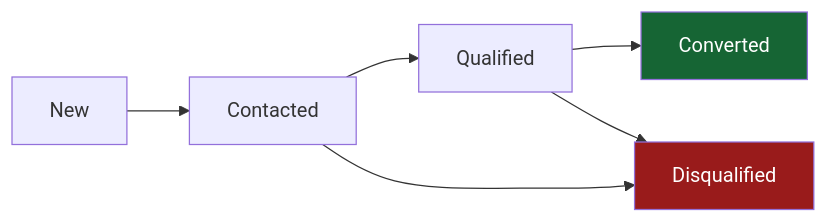
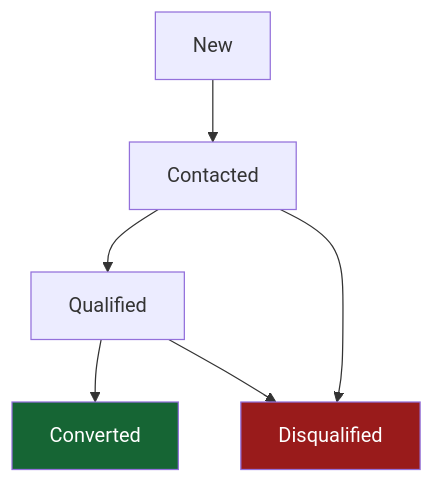
One commit to toyouin2000/signalbridge changed the fourth of 6 diagrams in README.md. Above: the diagram before and after it, drawn with Mermaid. The commit also changed other lines of this file, not shown here.

````diff
--- a/README.md
+++ b/README.md
@@ -216,12 +248,12 @@
 ```mermaid
-flowchart LR
+flowchart TD
     A["New"] --> B["Contacted"]
     B --> C["Qualified"]
     C --> D["Converted"]
 
     B --> E["Disqualified"]
     C --> E
 
-    style D fill:#166534,color:#fff
-    style E fill:#991b1b,color:#fff
+    style D fill:#166534,color:#ffffff
+    style E fill:#991b1b,color:#ffffff
 ```
````
